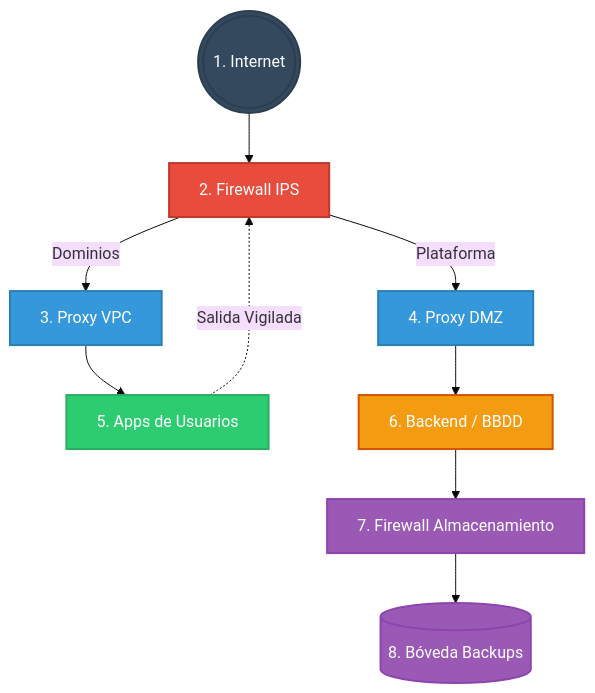
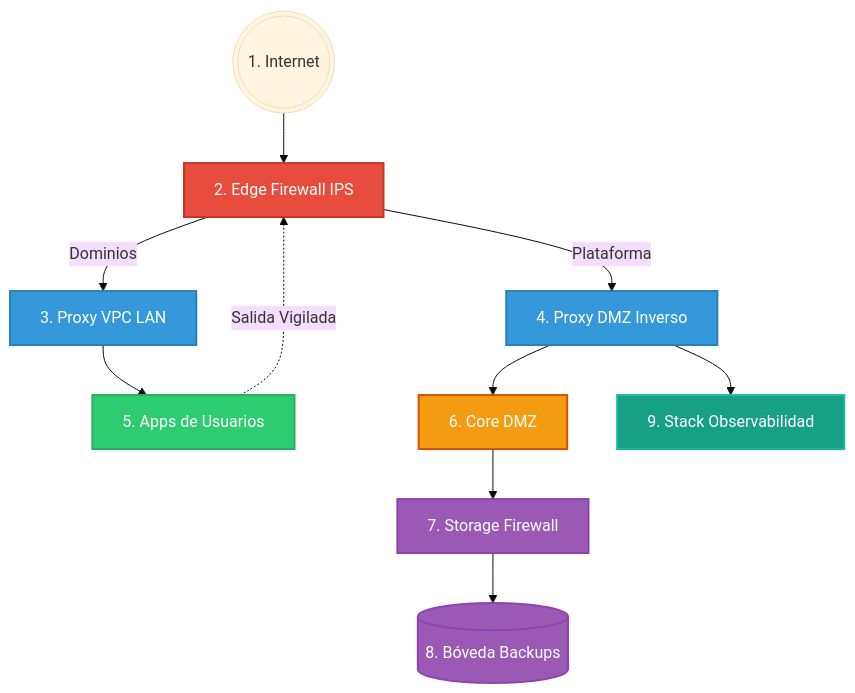
One commit to pablojimenez17/dockermanager changed the diagram in README.md. Above: the diagram before and after it, drawn with Mermaid (base theme). The commit also changed other lines of this file, not shown here.

Commit message:
docs: simplify network architecture diagram and update documentation legend in README.md

````diff
--- a/README.md
+++ b/README.md
@@ -52,20 +52,22 @@
 ```mermaid
 graph TD
     classDef firewall fill:#e74c3c,stroke:#c0392b,stroke-width:2px,color:white;
     classDef dmz fill:#f39c12,stroke:#d35400,stroke-width:2px,color:white;
     classDef proxy fill:#3498db,stroke:#2980b9,stroke-width:2px,color:white;
     classDef private fill:#2ecc71,stroke:#27ae60,stroke-width:2px,color:white;
     classDef storage fill:#9b59b6,stroke:#8e44ad,stroke-width:2px,color:white;
-    classDef internet fill:#34495e,stroke:#2c3e50,stroke-width:2px,color:white;
+    classDef monitor fill:#16a085,stroke:#1abc9c,stroke-width:2px,color:white;
 
-    1(((1. Internet))):::internet --> 2[2. Firewall IPS]:::firewall
-    2 -->|Dominios| 3[3. Proxy VPC]:::proxy
-    2 -->|Plataforma| 4[4. Proxy DMZ]:::proxy
+    1(((1. Internet))) --> 2[2. Edge Firewall IPS]:::firewall
+    2 -->|Dominios| 3[3. Proxy VPC LAN]:::proxy
+    2 -->|Plataforma| 4[4. Proxy DMZ Inverso]:::proxy
     
     3 --> 5[5. Apps de Usuarios]:::private
     5 -. Salida Vigilada .-> 2
     
-    4 --> 6[6. Backend / BBDD]:::dmz
-    6 --> 7[7. Firewall Almacenamiento]:::storage
+    4 --> 6[6. Core DMZ]:::dmz
+    4 --> 9[9. Stack Observabilidad]:::monitor
+    
+    6 --> 7[7. Storage Firewall]:::storage
     7 --> 8[(8. Bóveda Backups)]:::storage
 ```
````
